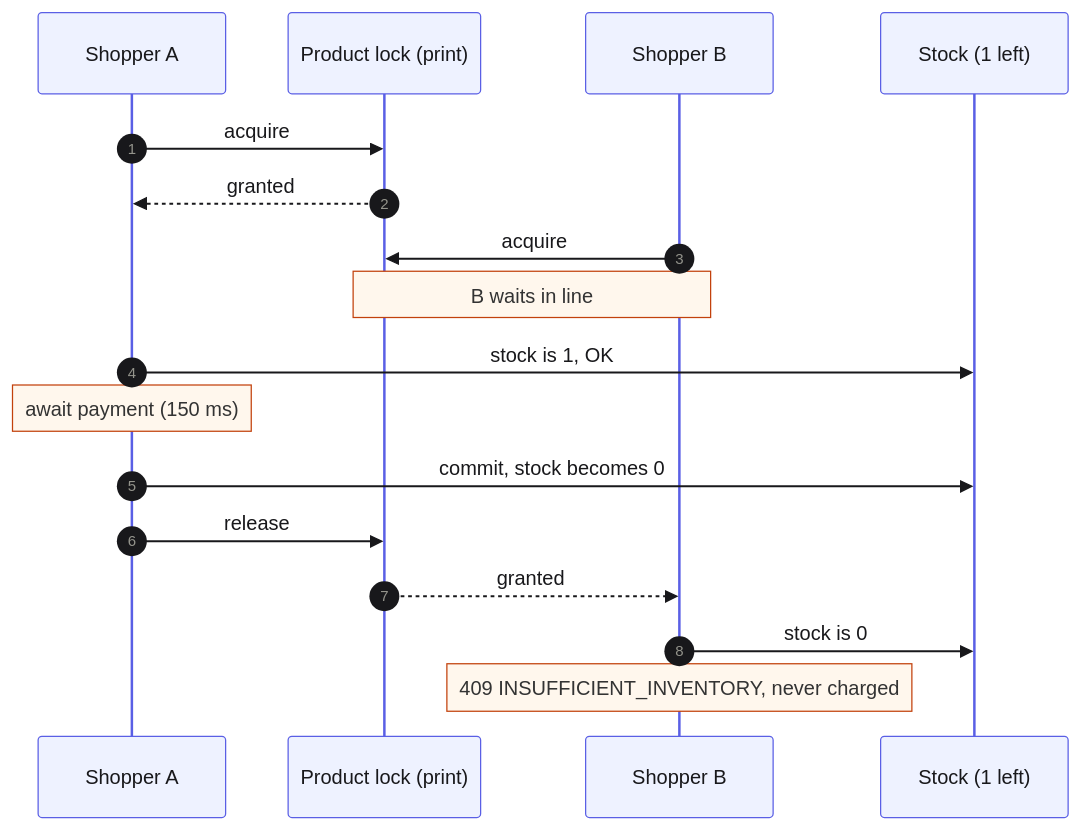
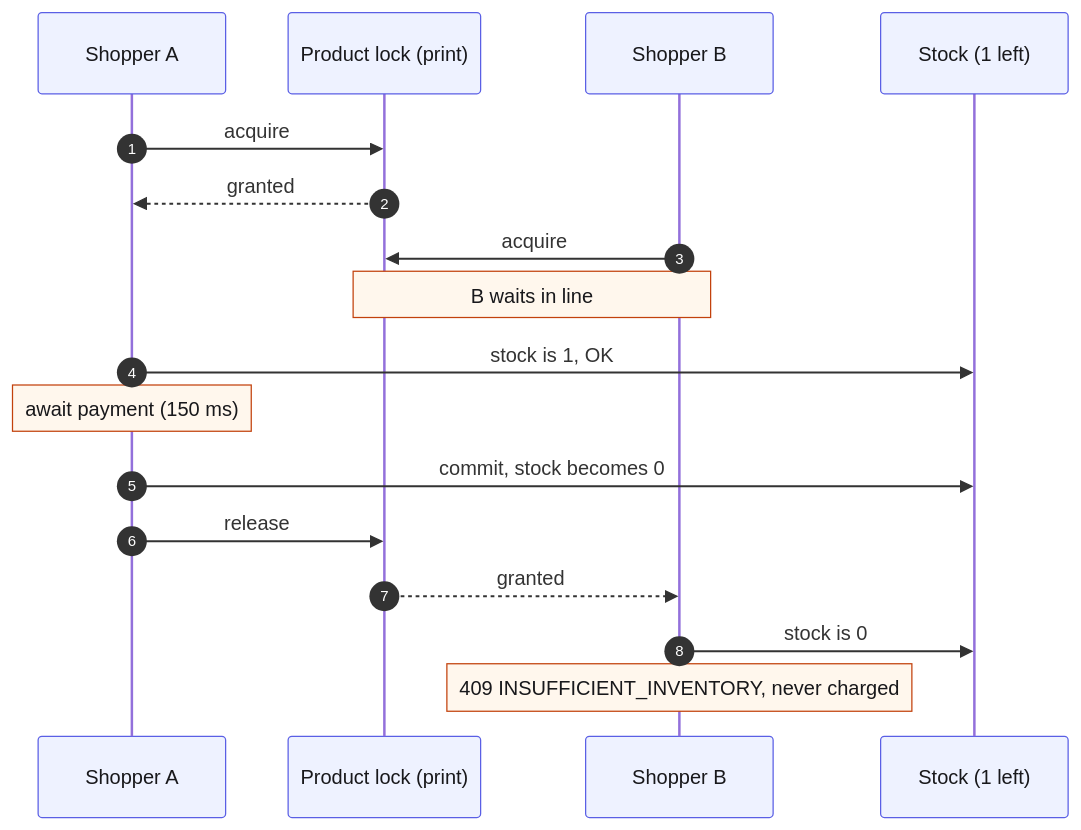
Before and after one commit to rahuljhas/ublinox: the fifth of 9 diagrams in DECISIONS.md, drawn with Mermaid. The commit also changed other lines of this file, not shown here.

Commit message:
Make diagrams readable in light and dark mode: let arrows and labels follow the viewer's theme

````diff
--- a/DECISIONS.md
+++ b/DECISIONS.md
@@ -473,20 +473,20 @@
 ```mermaid
-%%{init: {'theme': 'base', 'themeVariables': {'primaryColor': '#eef2ff', 'primaryBorderColor': '#5a5fe5', 'primaryTextColor': '#18181b', 'lineColor': '#6b6b73', 'actorBkg': '#eef2ff', 'actorBorder': '#5a5fe5', 'noteBkgColor': '#fff7ed', 'noteBorderColor': '#c2410c'}}}%%
+%%{init: {'themeVariables': {'primaryColor': '#eef2ff', 'primaryBorderColor': '#5a5fe5', 'primaryTextColor': '#18181b', 'clusterBkg': 'transparent', 'clusterBorder': '#8c8ca1', 'actorBkg': '#eef2ff', 'actorBorder': '#5a5fe5', 'actorTextColor': '#18181b', 'noteBkgColor': '#fff7ed', 'noteBorderColor': '#c2410c', 'noteTextColor': '#18181b'}}}%%
 sequenceDiagram
   autonumber
   participant A as Shopper A
   participant L as Product lock (print)
   participant B as Shopper B
   participant S as Stock (1 left)
   A->>L: acquire
   L-->>A: granted
   B->>L: acquire
   Note over B,L: B waits in line
   A->>S: stock is 1, OK
   Note over A: await payment (150 ms)
   A->>S: commit, stock becomes 0
   A->>L: release
   L-->>B: granted
   B->>S: stock is 0
   Note over B: 409 INSUFFICIENT_INVENTORY, never charged
 ```
````
